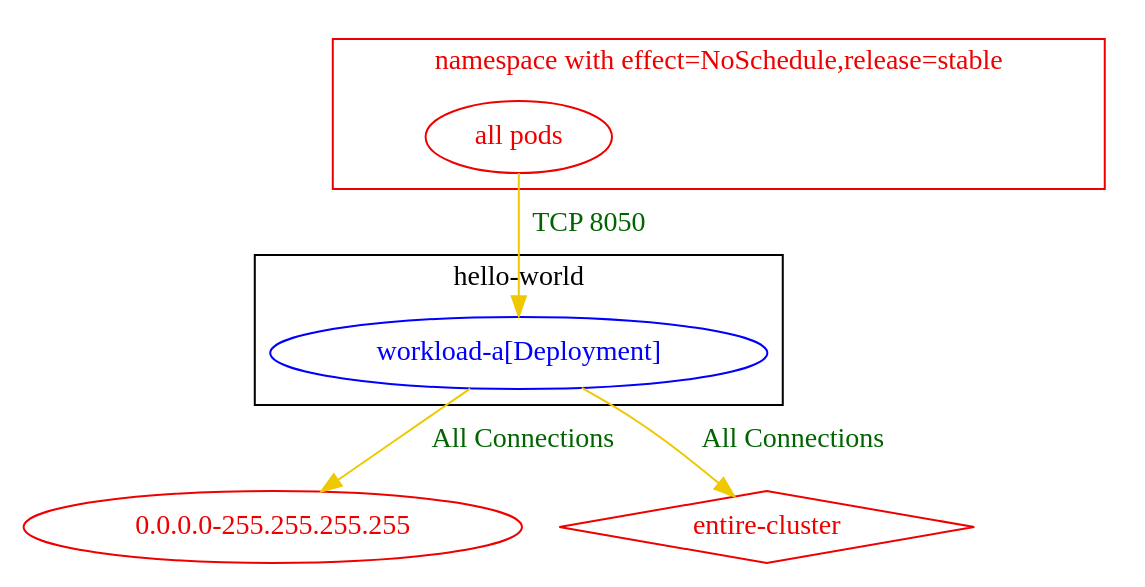
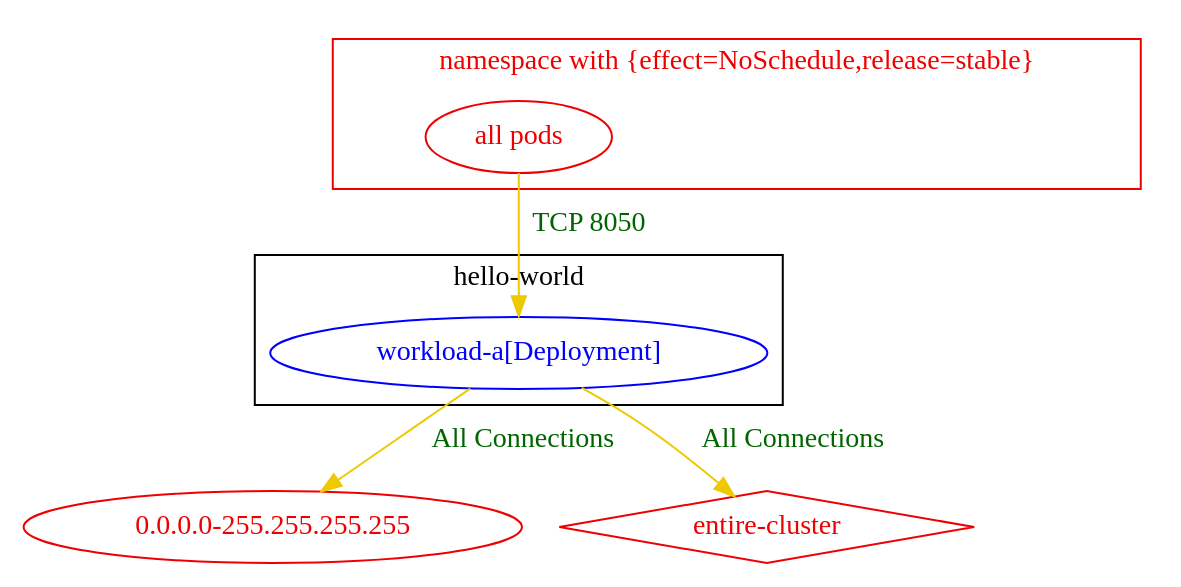
Before and after one commit to np-guard/netpol-analyzer: the diagram in test_outputs/connlist/exposure_test_exposure_to_namespace_with_multiple_labels_connlist_output.dot, drawn with Graphviz. The commit also changed 74 other files, not shown here.

```diff
--- a/test_outputs/connlist/exposure_test_exposure_to_namespace_with_multiple_labels_connlist_output.dot
+++ b/test_outputs/connlist/exposure_test_exposure_to_namespace_with_multiple_labels_connlist_output.dot
@@ -1,19 +1,19 @@
 digraph {
 	subgraph "cluster_hello_world" {
 		color="black"
 		fontcolor="black"
 		"hello-world/workload-a[Deployment]" [label="workload-a[Deployment]" color="blue" fontcolor="blue"]
 		label="hello-world"
 	}
-	subgraph "cluster_namespace with effect=NoSchedule,release=stable" {
+	subgraph "cluster_namespace with {effect=NoSchedule,release=stable}" {
 		color="red2"
 		fontcolor="red2"
-		"all pods_in_effect=NoSchedule,release=stable" [label="all pods" color="red2" fontcolor="red2"]
-		label="namespace with effect=NoSchedule,release=stable"
+		"all pods_in_namespace with {effect=NoSchedule,release=stable}" [label="all pods" color="red2" fontcolor="red2"]
+		label="namespace with {effect=NoSchedule,release=stable}"
 	}
 	"0.0.0.0-255.255.255.255" [label="0.0.0.0-255.255.255.255" color="red2" fontcolor="red2"]
 	"entire-cluster" [label="entire-cluster" color="red2" fontcolor="red2" shape=diamond]
-	"all pods_in_effect=NoSchedule,release=stable" -> "hello-world/workload-a[Deployment]" [label="TCP 8050" color="gold2" fontcolor="darkgreen"]
+	"all pods_in_namespace with {effect=NoSchedule,release=stable}" -> "hello-world/workload-a[Deployment]" [label="TCP 8050" color="gold2" fontcolor="darkgreen"]
 	"hello-world/workload-a[Deployment]" -> "0.0.0.0-255.255.255.255" [label="All Connections" color="gold2" fontcolor="darkgreen"]
 	"hello-world/workload-a[Deployment]" -> "entire-cluster" [label="All Connections" color="gold2" fontcolor="darkgreen"]
 }
```
